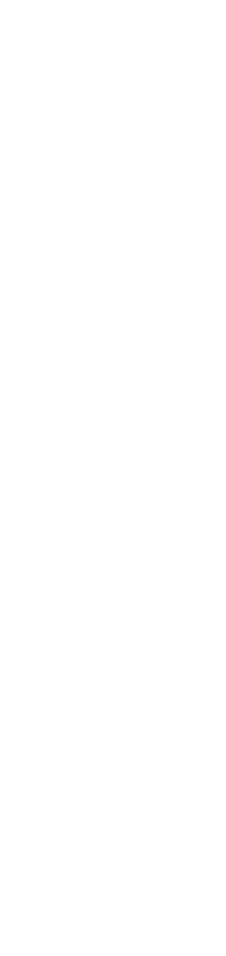
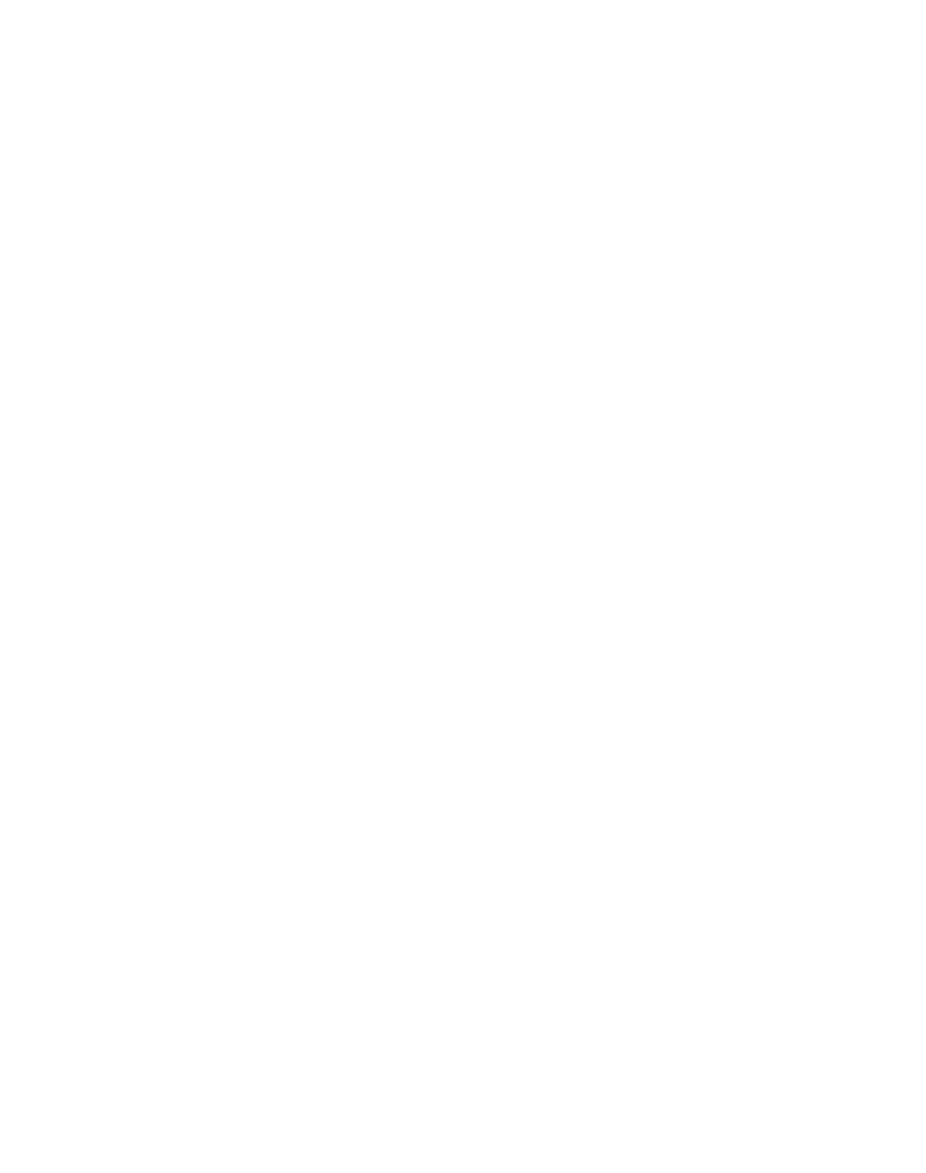
One commit to patricktjel/software_science changed the diagram in mutex/BDD-0.dot. Above: the diagram before and after it, drawn with Graphviz. The commit also changed 1 other file, not shown here.

```diff
--- a/mutex/BDD-0.dot
+++ b/mutex/BDD-0.dot
@@ -1,17 +1,20 @@
 digraph "DD" {
 graph [dpi = 300];
 center = true;
 edge [dir = forward];
 root [style=invis];
-root -> 9 [style=solid dir=both arrowtail=none];
-9 [label="1"];
-8 [label="2"];
+root -> 19 [style=solid];
+19 [label="1"];
+18 [label="2"];
 0 [shape=box, style=filled, label="F"];
-6 [label="3"];
-6 -> 0 [style=dashed];
-6 -> 0 [style=solid dir=both arrowtail=dot];
-8 -> 0 [style=dashed];
-8 -> 6 [style=solid dir=both arrowtail=dot];
-9 -> 8 [style=dashed];
-9 -> 0 [style=solid dir=both arrowtail=none];
+17 [label="11"];
+9223372036854775813 [label="21"];
+9223372036854775813 -> 9223372036854775808 [style=dashed];
+9223372036854775813 -> 0 [style=solid];
+17 -> 0 [style=dashed];
+17 -> 9223372036854775813 [style=solid];
+18 -> 0 [style=dashed];
+18 -> 17 [style=solid];
+19 -> 18 [style=dashed];
+19 -> 0 [style=solid];
 }
```
